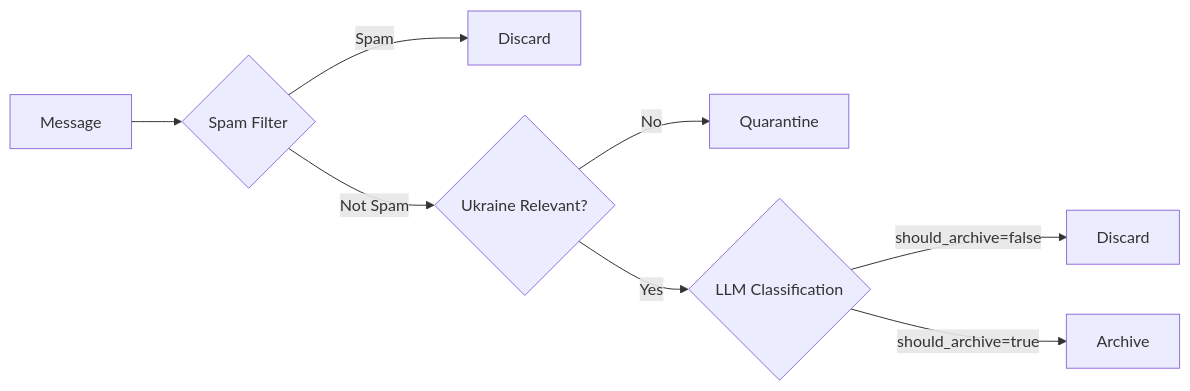
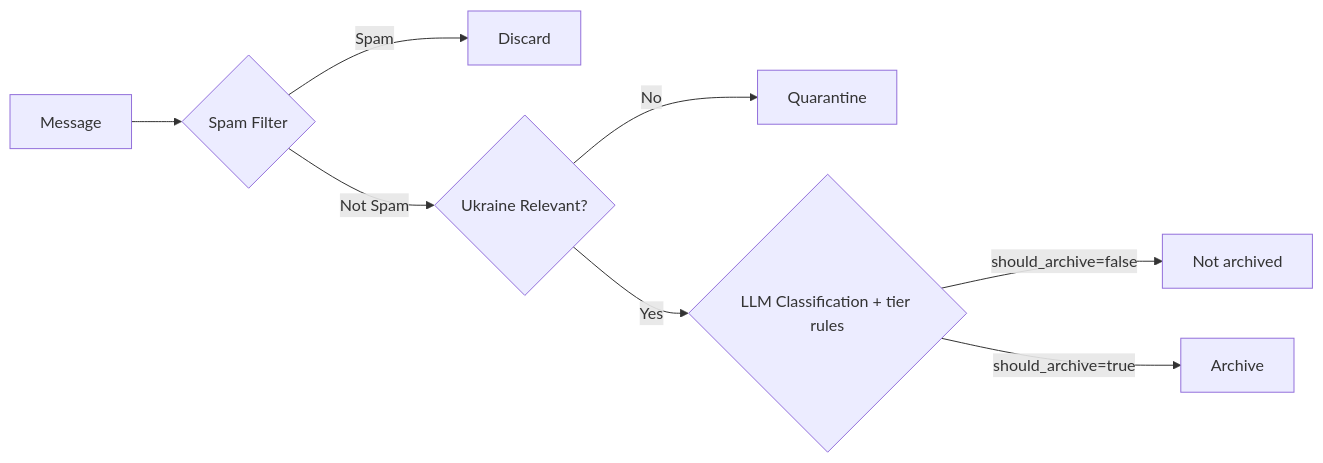
One commit to osintukraine/osint-platform-docs changed the diagram in docs/operator-guide/telegram-setup.md. Above: the diagram before and after it, drawn with Mermaid. The commit also changed other lines of this file and 74 other files, not shown here.

````diff
--- a/docs/operator-guide/telegram-setup.md
+++ b/docs/operator-guide/telegram-setup.md
@@ -479,10 +448,10 @@
 ```mermaid
 flowchart LR
     A[Message] --> B{Spam Filter}
     B -->|Spam| C[Discard]
     B -->|Not Spam| D{Ukraine Relevant?}
     D -->|No| E[Quarantine]
-    D -->|Yes| F{LLM Classification}
-    F -->|should_archive=false| G[Discard]
+    D -->|Yes| F{LLM Classification + tier rules}
+    F -->|should_archive=false| G[Not archived]
     F -->|should_archive=true| H[Archive]
 ```
````
